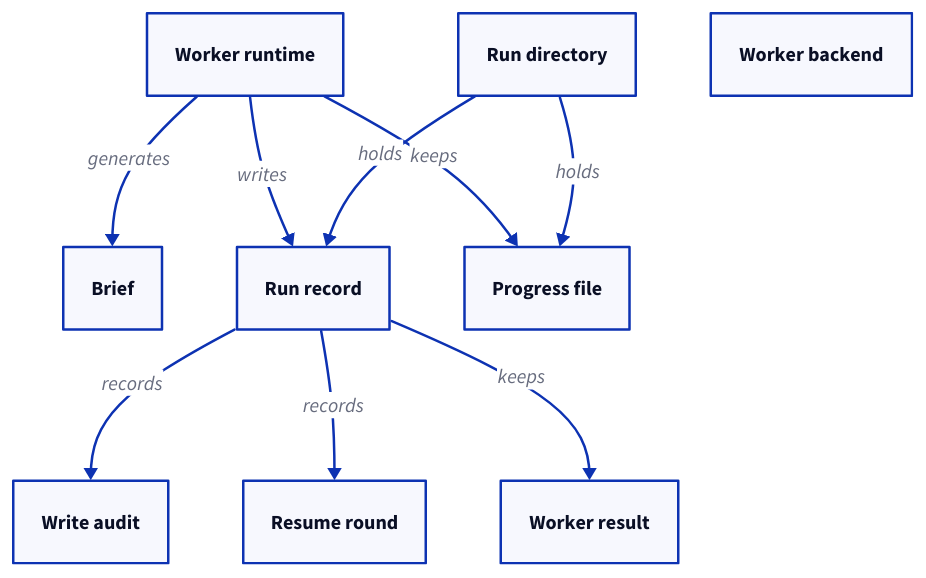
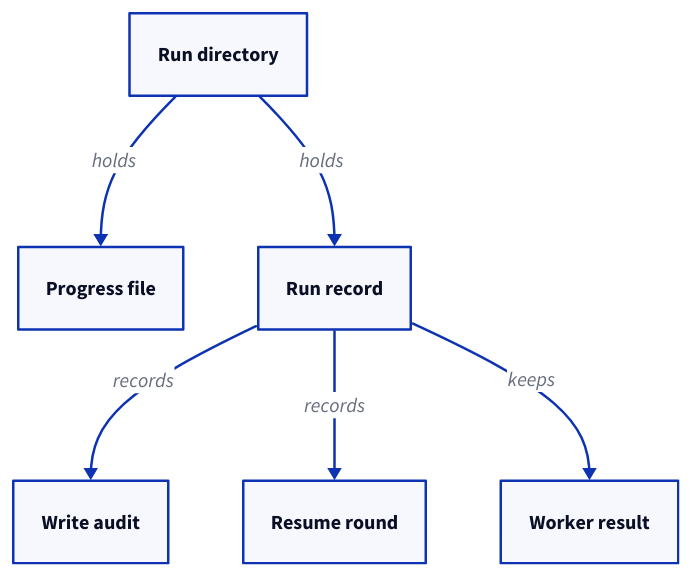
One commit to FTOD/concorde changed the fifth of 5 diagrams in specs/concorde/agents/workers/module.md. Above: the diagram before and after it, drawn with D2. The commit also changed other lines of this file and 43 other files, not shown here.

````diff
--- a/specs/concorde/agents/workers/module.md
+++ b/specs/concorde/agents/workers/module.md
@@ -335,19 +397,13 @@
 ```d2
-runtime: Worker runtime
-brief: Brief
 dir: Run directory
+progress: Progress file
 record: Run record
 audit: Write audit
 round: Resume round
 result: Worker result
-runtime -> brief: generates
-runtime -> record: writes
+dir -> progress: holds
 dir -> record: holds
 record -> audit: records
 record -> round: records
 record -> result: keeps
-runtime -> progress: keeps
-dir -> progress: holds
-progress: Progress file
-backend: Worker backend
 ```
````
